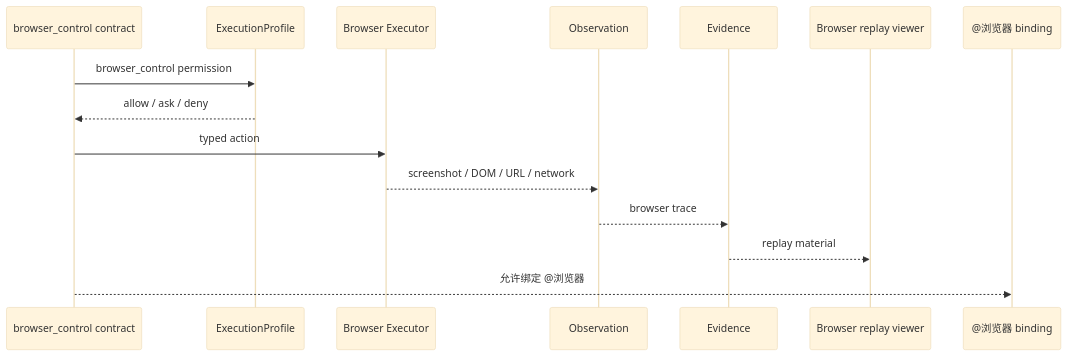
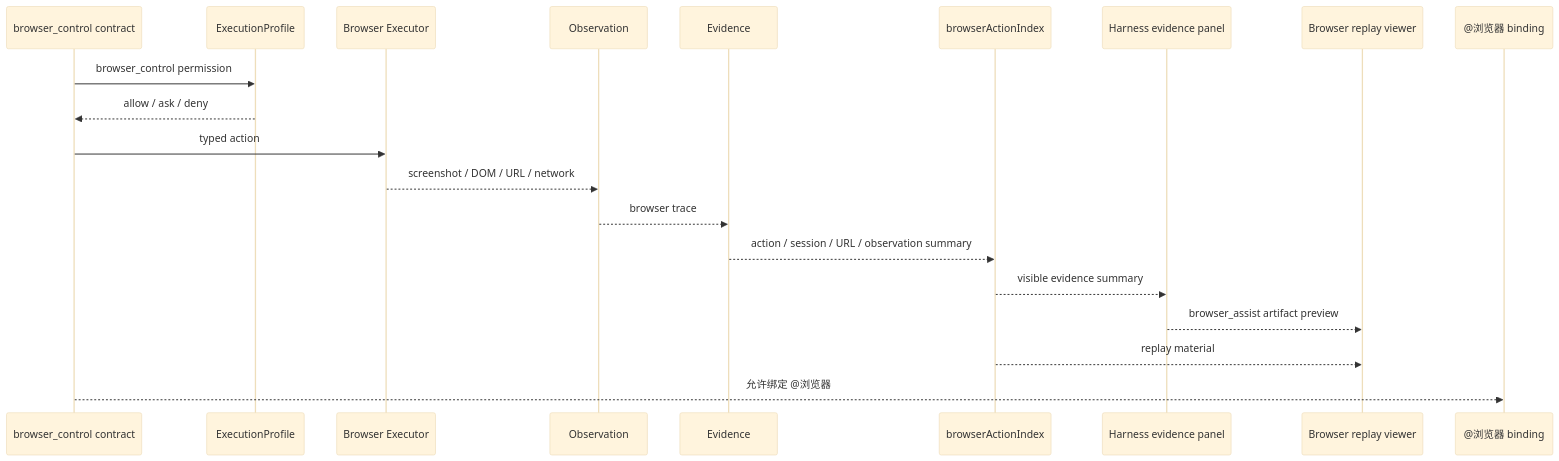
One commit to limecloud/lime changed the fifth of 6 diagrams in docs/roadmap/warp/evolution-guide.md. Above: the diagram before and after it, drawn with Mermaid (base theme). The commit also changed other lines of this file and 206 other files, not shown here.

````diff
--- a/docs/roadmap/warp/evolution-guide.md
+++ b/docs/roadmap/warp/evolution-guide.md
@@ -144,18 +144,23 @@
 ```mermaid
 sequenceDiagram
     participant Runtime as browser_control contract
     participant Profile as ExecutionProfile
     participant Browser as Browser Executor
     participant Obs as Observation
     participant Evidence as Evidence
+    participant Index as browserActionIndex
+    participant Harness as Harness evidence panel
     participant Viewer as Browser replay viewer
     participant Entry as @浏览器 binding
 
     Runtime->>Profile: browser_control permission
     Profile-->>Runtime: allow / ask / deny
     Runtime->>Browser: typed action
     Browser-->>Obs: screenshot / DOM / URL / network
     Obs-->>Evidence: browser trace
-    Evidence-->>Viewer: replay material
+    Evidence-->>Index: action / session / URL / observation summary
+    Index-->>Harness: visible evidence summary
+    Harness-->>Viewer: browser_assist artifact preview
+    Index-->>Viewer: replay material
     Runtime-->>Entry: 允许绑定 @浏览器
 ```
````
